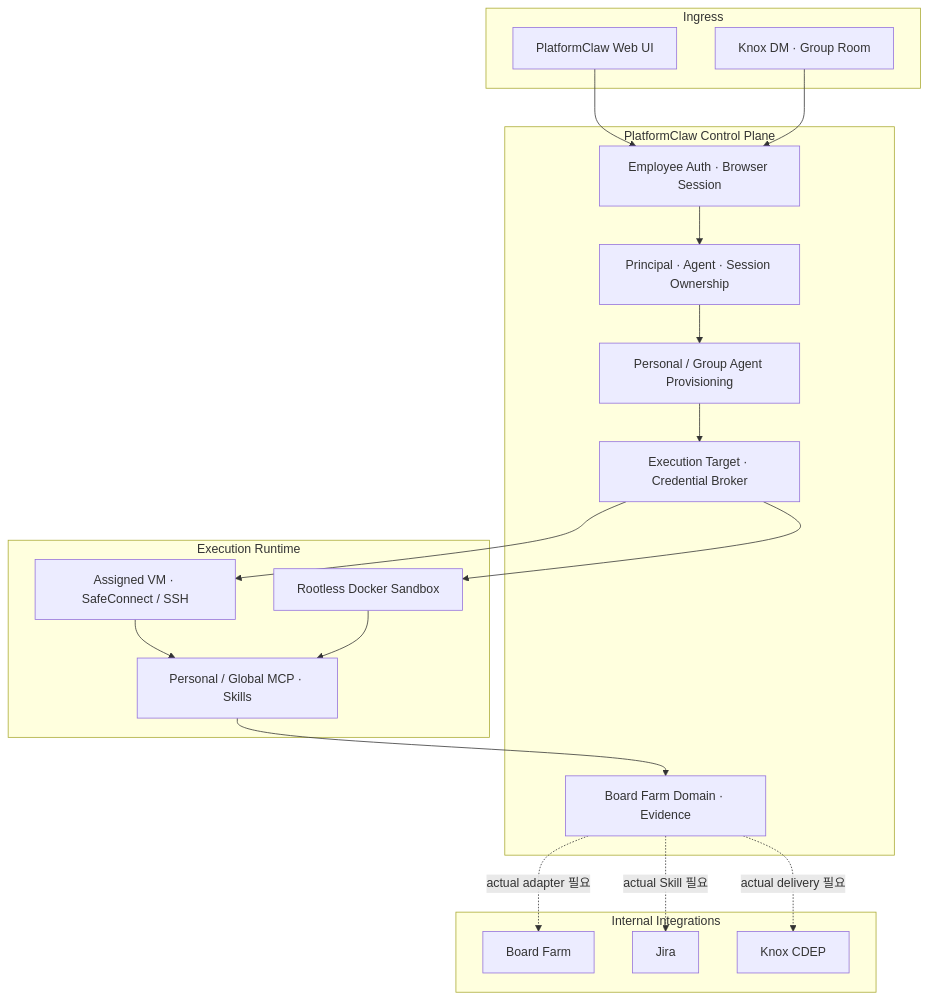
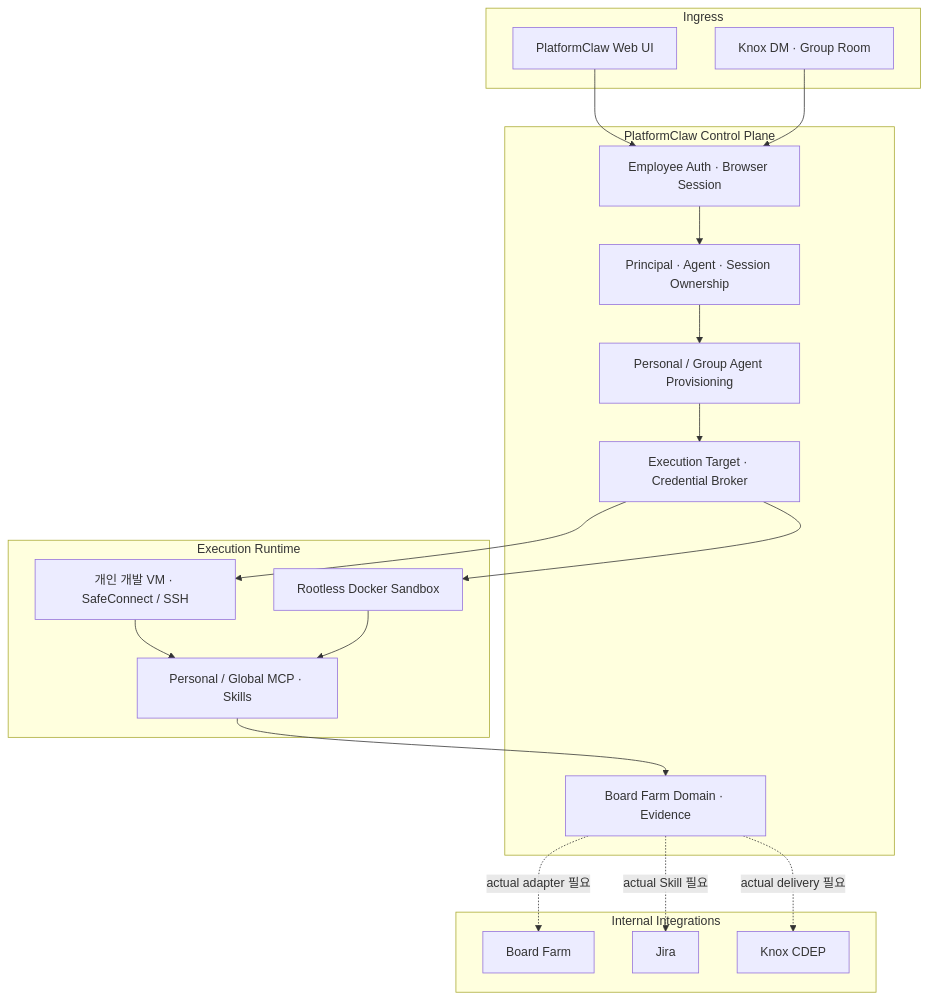
Before and after one commit to devSejung/platformclaw: the second of 2 diagrams in README.md, drawn with Mermaid. The commit also changed other lines of this file and 32 other files, not shown here.

````diff
--- a/README.md
+++ b/README.md
@@ -123,39 +123,39 @@
 ```mermaid
 flowchart TB
   subgraph Ingress["Ingress"]
     WEB["PlatformClaw Web UI"]
     KNOX["Knox DM · Group Room"]
   end
 
   subgraph CP["PlatformClaw Control Plane"]
     AUTH["Employee Auth · Browser Session"]
     OWN["Principal · Agent · Session Ownership"]
     PROV["Personal / Group Agent Provisioning"]
     EXEC["Execution Target · Credential Broker"]
     BF["Board Farm Domain · Evidence"]
   end
 
   subgraph Runtime["Execution Runtime"]
-    VM["Assigned VM · SafeConnect / SSH"]
+    VM["개인 개발 VM · SafeConnect / SSH"]
     SANDBOX["Rootless Docker Sandbox"]
     MCP["Personal / Global MCP · Skills"]
   end
 
   subgraph Internal["Internal Integrations"]
     BOARD["Board Farm"]
     JIRA["Jira"]
     CDEP["Knox CDEP"]
   end
 
   WEB --> AUTH
   KNOX --> AUTH
   AUTH --> OWN --> PROV --> EXEC
   EXEC --> VM
   EXEC --> SANDBOX
   VM --> MCP
   SANDBOX --> MCP
   MCP --> BF
   BF -. "actual adapter 필요" .-> BOARD
   BF -. "actual Skill 필요" .-> JIRA
   BF -. "actual delivery 필요" .-> CDEP
 ```
````
